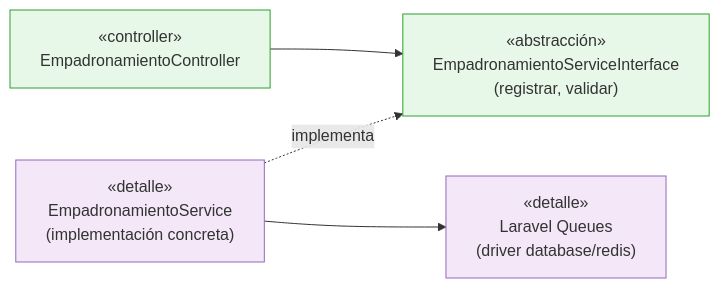
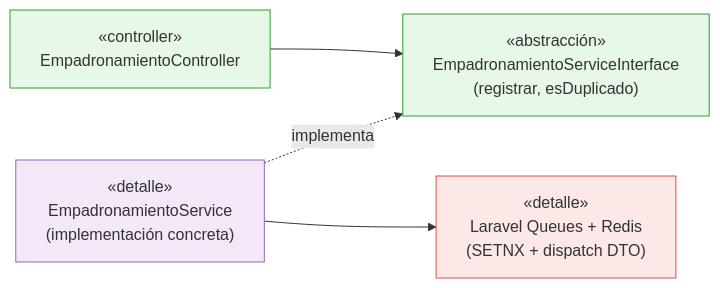
The diagram in img/fuentes-mermaid/principios-dip.mmd (gabrielquispe27-ops/Sistema-Empadronamiento_arquiSoft_Quispe-02), drawn with Mermaid before and after one commit. The commit also changed 31 other files, not shown here.

First line of the commit message:
docs(arquitectura): optimización C4, integración de Redis y diagramas actualizados

```diff
--- a/img/fuentes-mermaid/principios-dip.mmd
+++ b/img/fuentes-mermaid/principios-dip.mmd
@@ -1,12 +1,13 @@
 flowchart LR
     classDef high fill:#e8f8e8,stroke:#2ca02c,stroke-width:1px,color:#333
     classDef low fill:#f4e8f8,stroke:#9467bd,stroke-width:1px,color:#333
+    classDef queue fill:#fde8e8,stroke:#d9534f,stroke-width:1px,color:#333
 
     C["«controller»\nEmpadronamientoController"]:::high
-    S["«abstracción»\nEmpadronamientoServiceInterface\n(registrar, validar)"]:::high
+    S["«abstracción»\nEmpadronamientoServiceInterface\n(registrar, esDuplicado)"]:::high
     SI["«detalle»\nEmpadronamientoService\n(implementación concreta)"]:::low
-    Q["«detalle»\nLaravel Queues\n(driver database/redis)"]:::low
+    Q["«detalle»\nLaravel Queues + Redis\n(SETNX + dispatch DTO)"]:::queue
 
     C --> S
     SI -. "implementa" .-> S
     SI --> Q
```
